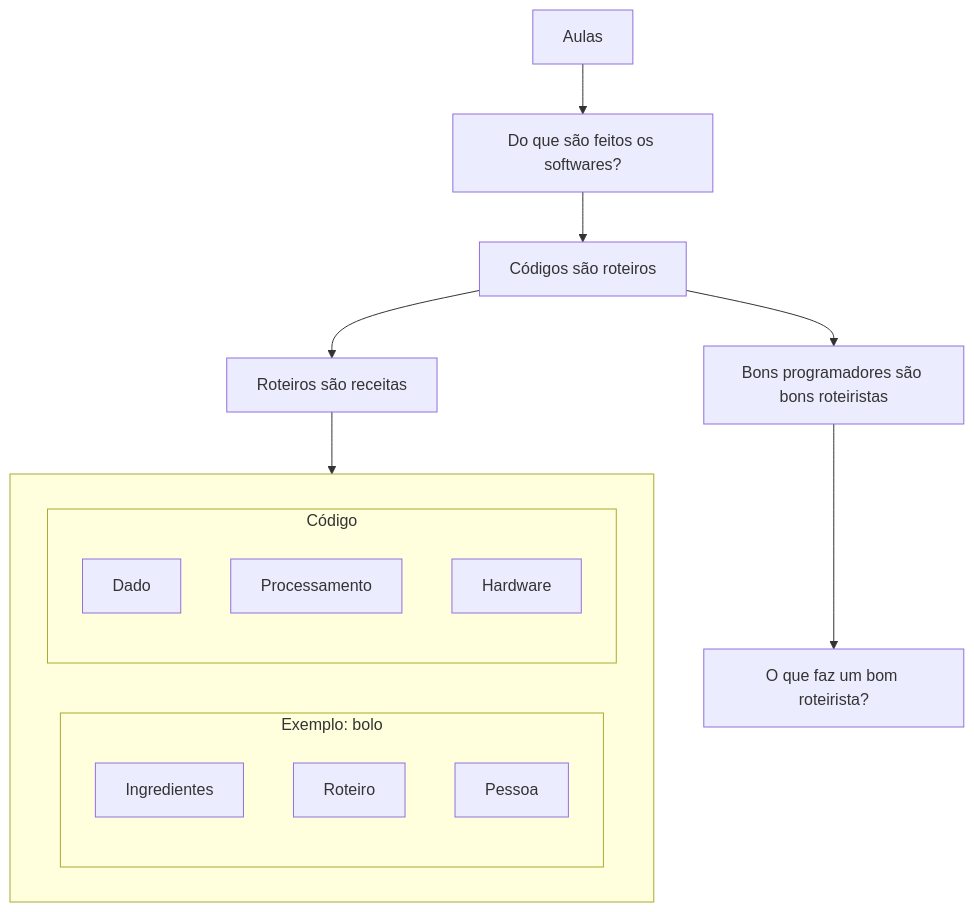
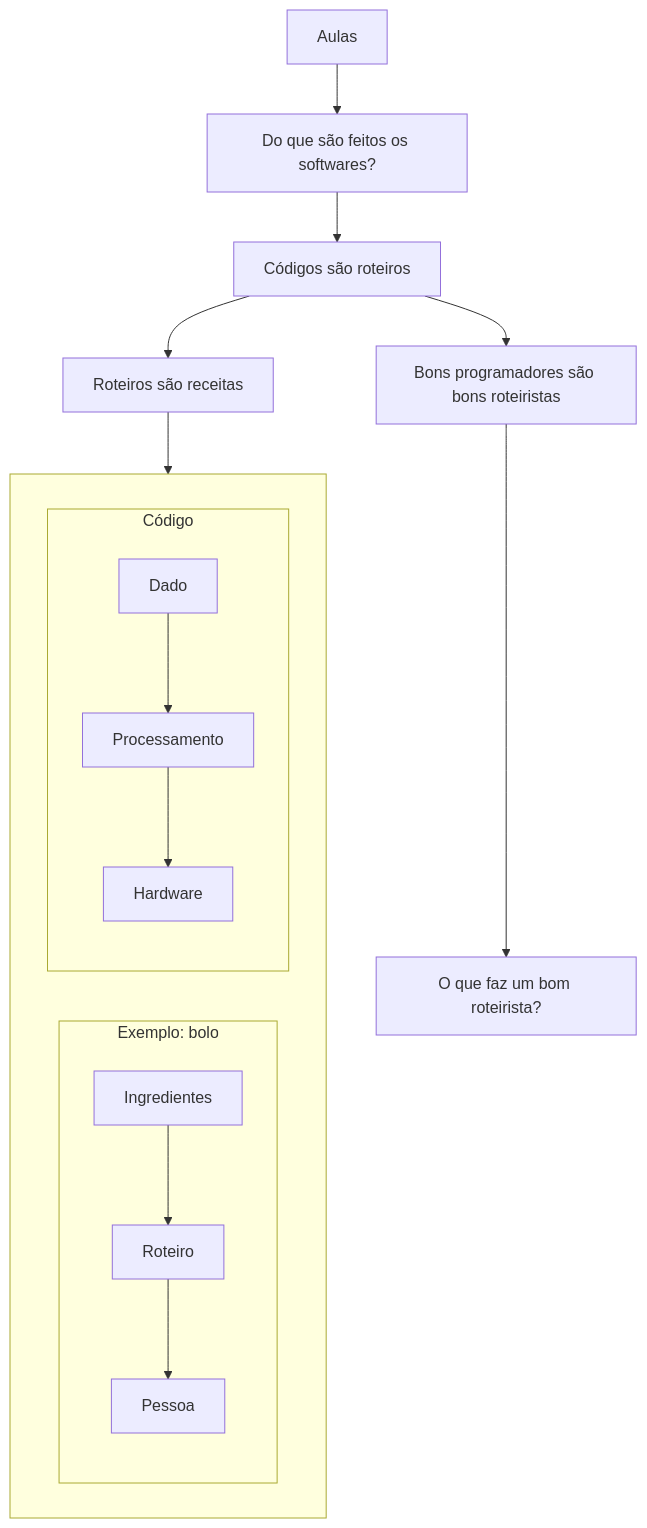
One commit to laerciogermano/workstation changed the diagram in aulas/README.md. Above: the diagram before and after it, drawn with Mermaid. The commit also changed other lines of this file, not shown here.

Commit message:
Fixa a ordem Ingredientes → Roteiro → Pessoa no Mermaid e na tabela.

````diff
--- a/aulas/README.md
+++ b/aulas/README.md
@@ -3,31 +3,27 @@
 ```mermaid
 flowchart TD
   A[Aulas]
   B[Do que são feitos os softwares?]
   C[Códigos são roteiros]
   D[Roteiros são receitas]
   E[Bons programadores são bons roteiristas]
   F[O que faz um bom roteirista?]
   A --> B
   B --> C
   C --> D
   C --> E
   E --> F
   D --> lado
 
   subgraph lado[" "]
     direction LR
     subgraph bolo["Exemplo: bolo"]
       direction TB
-      D1[Ingredientes]
-      D2[Roteiro]
-      D3[Pessoa]
+      D1[Ingredientes] --> D2[Roteiro] --> D3[Pessoa]
     end
     subgraph codigo["Código"]
       direction TB
-      CG1[Dado]
-      CG2[Processamento]
-      CG3[Hardware]
+      CG1[Dado] --> CG2[Processamento] --> CG3[Hardware]
     end
   end
 ```
````
